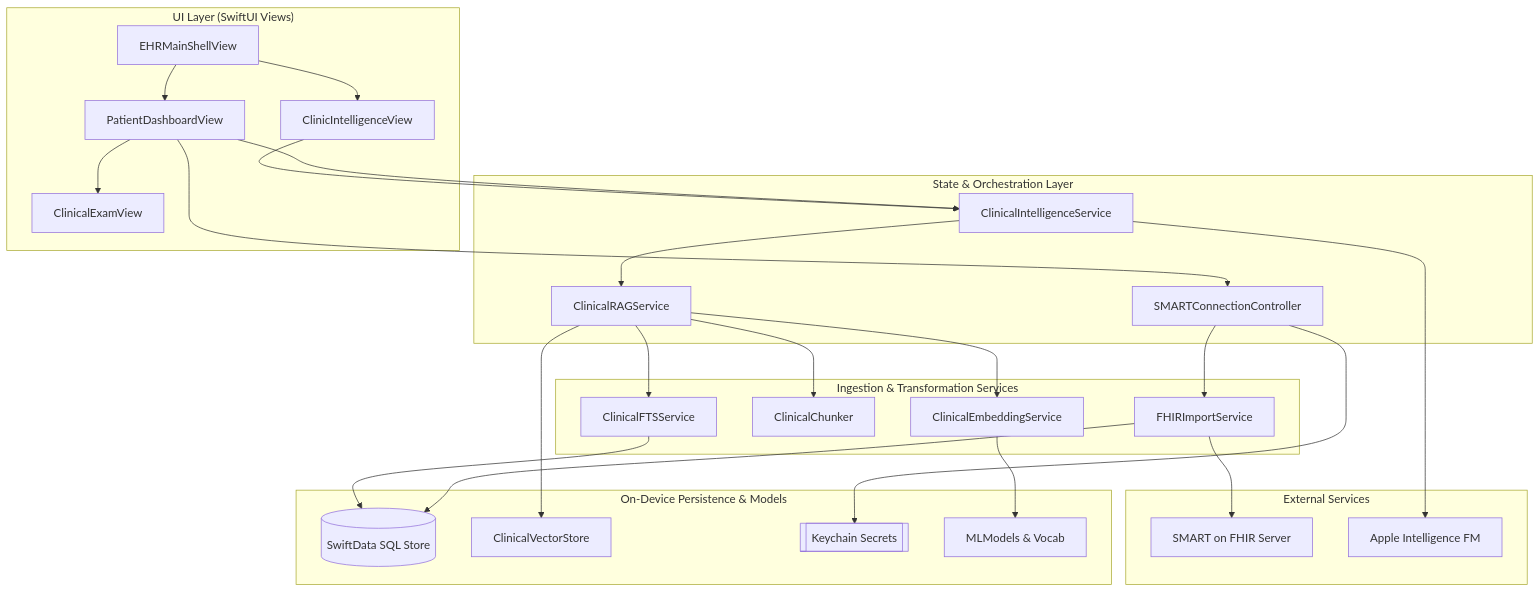
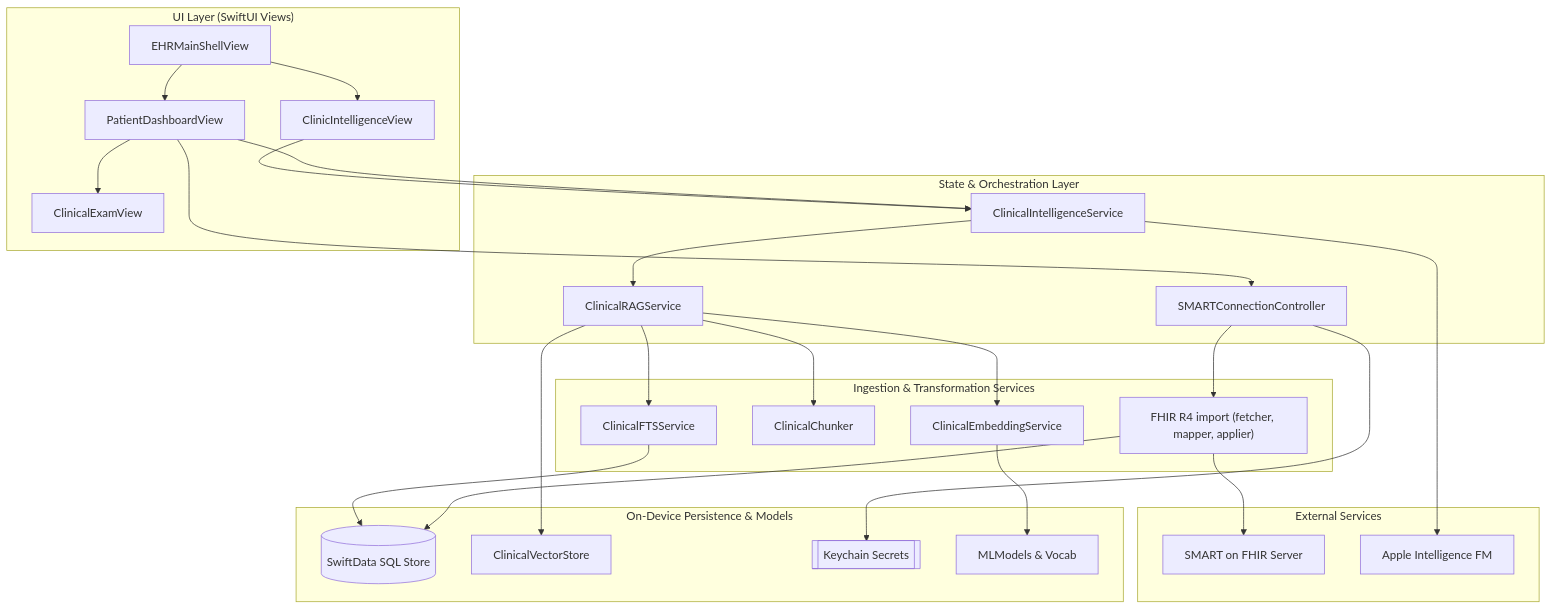
One commit to Gunnarguy/OpenClinic changed the first of 4 diagrams in ARCHITECTURE.md. Above: the diagram before and after it, drawn with Mermaid. The commit also changed other lines of this file and 10 other files, not shown here.

````diff
--- a/ARCHITECTURE.md
+++ b/ARCHITECTURE.md
@@ -23,54 +23,54 @@
 ```mermaid
 flowchart TD
     subgraph UI ["UI Layer (SwiftUI Views)"]
         View[EHRMainShellView]
         PatientView[PatientDashboardView]
         ExamView[ClinicalExamView]
         ChatView[ClinicIntelligenceView]
     end
 
     subgraph Controller ["State & Orchestration Layer"]
         SMARTCtrl[SMARTConnectionController]
         IntelSvc[ClinicalIntelligenceService]
         RAGSvc[ClinicalRAGService]
     end
 
     subgraph DataService ["Ingestion & Transformation Services"]
-        FHIRSvc[FHIRImportService]
+        FHIRSvc["FHIR R4 import (fetcher, mapper, applier)"]
         Chunker[ClinicalChunker]
         EmbedSvc[ClinicalEmbeddingService]
         FTSSvc[ClinicalFTSService]
     end
 
     subgraph Storage ["On-Device Persistence & Models"]
         SD[(SwiftData SQL Store)]
         VecDB[ClinicalVectorStore]
         Keychain[[Keychain Secrets]]
         CoreML[MLModels & Vocab]
     end
 
     subgraph External ["External Services"]
         FHIRServer[SMART on FHIR Server]
         FoundationModel[Apple Intelligence FM]
     end
 
     %% UI Connections
     View --> PatientView & ChatView
     PatientView --> ExamView
     PatientView & ChatView --> IntelSvc
     PatientView --> SMARTCtrl
 
     %% Controller Connections
     SMARTCtrl --> FHIRSvc
     IntelSvc --> RAGSvc
     RAGSvc --> Chunker & EmbedSvc & FTSSvc
 
     %% Service to Storage / External Connections
     FHIRSvc --> FHIRServer
     FHIRSvc --> SD
     SMARTCtrl --> Keychain
     EmbedSvc --> CoreML
     FTSSvc --> SD
     RAGSvc --> VecDB
     IntelSvc --> FoundationModel
 ```
````
